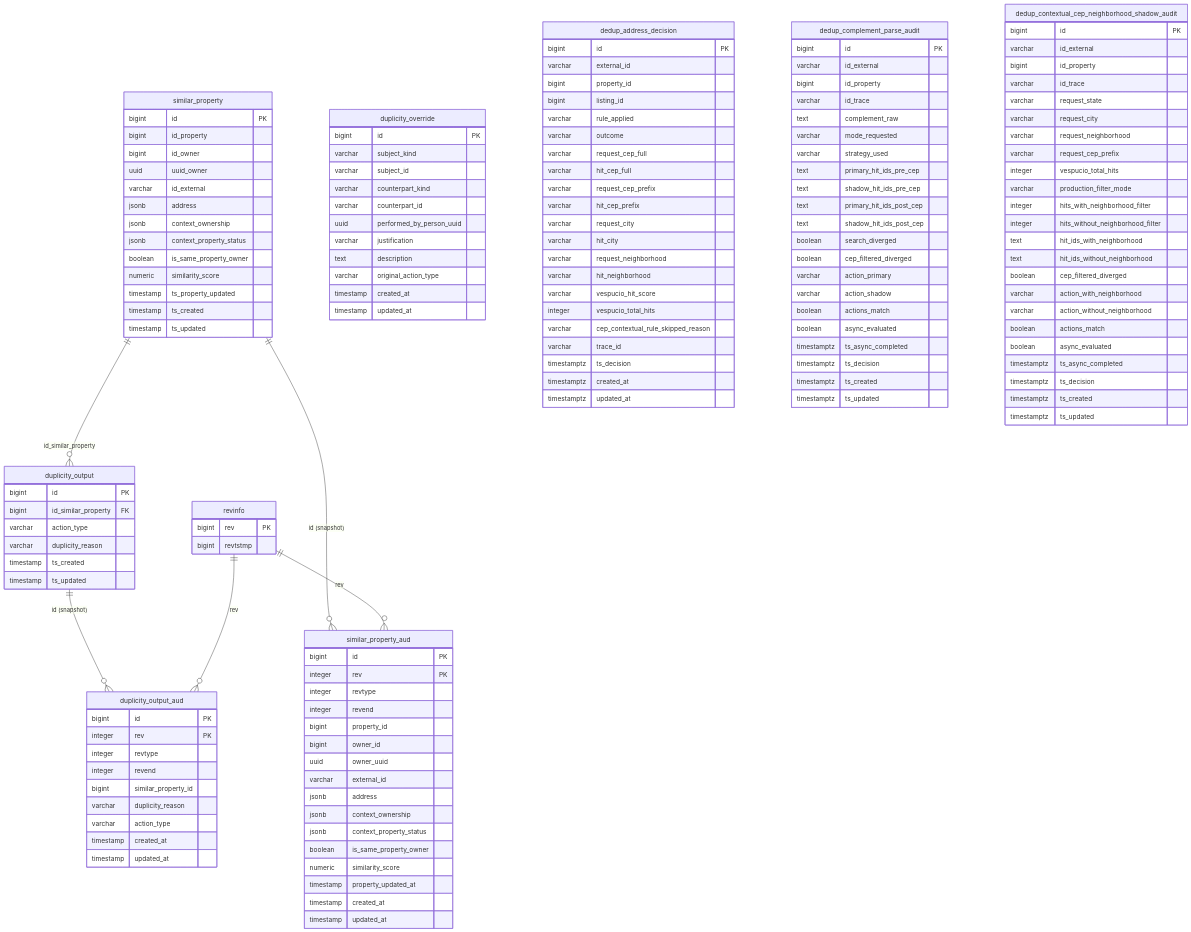
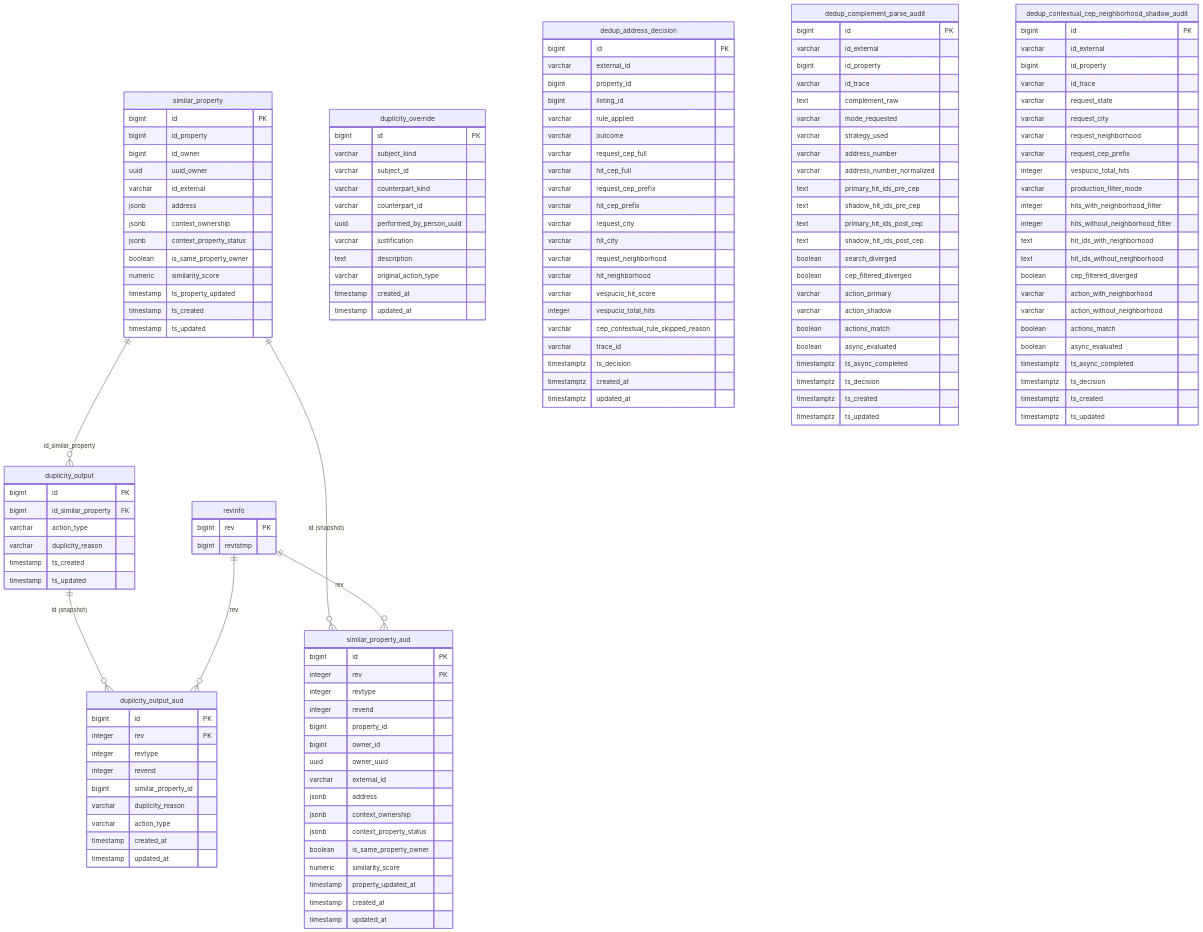
One commit to joseotaviorf/oh-my-pi changed the diagram in dags/growth/property_dedup/property_dedup.md. Above: the diagram before and after it, drawn with Mermaid. The commit also changed other lines of this file and 2 other files, not shown here.

First line of the commit message:
feat(property-dedup): add normalized audit fields to dedup_complement_parse_audit clean (#27744)

```diff
--- a/dags/growth/property_dedup/property_dedup.md
+++ b/dags/growth/property_dedup/property_dedup.md
@@ -147,6 +147,8 @@
         text complement_raw
         varchar mode_requested
         varchar strategy_used
+        varchar address_number
+        varchar address_number_normalized
         text primary_hit_ids_pre_cep
         text shadow_hit_ids_pre_cep
         text primary_hit_ids_post_cep
```
